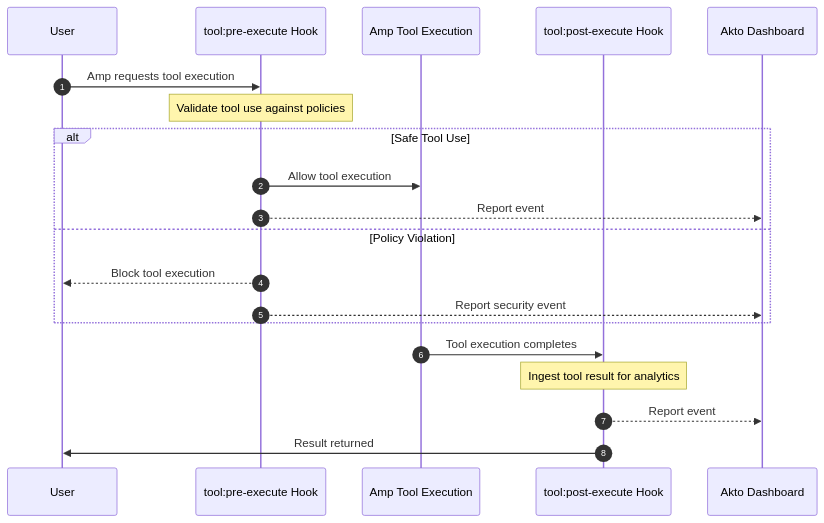
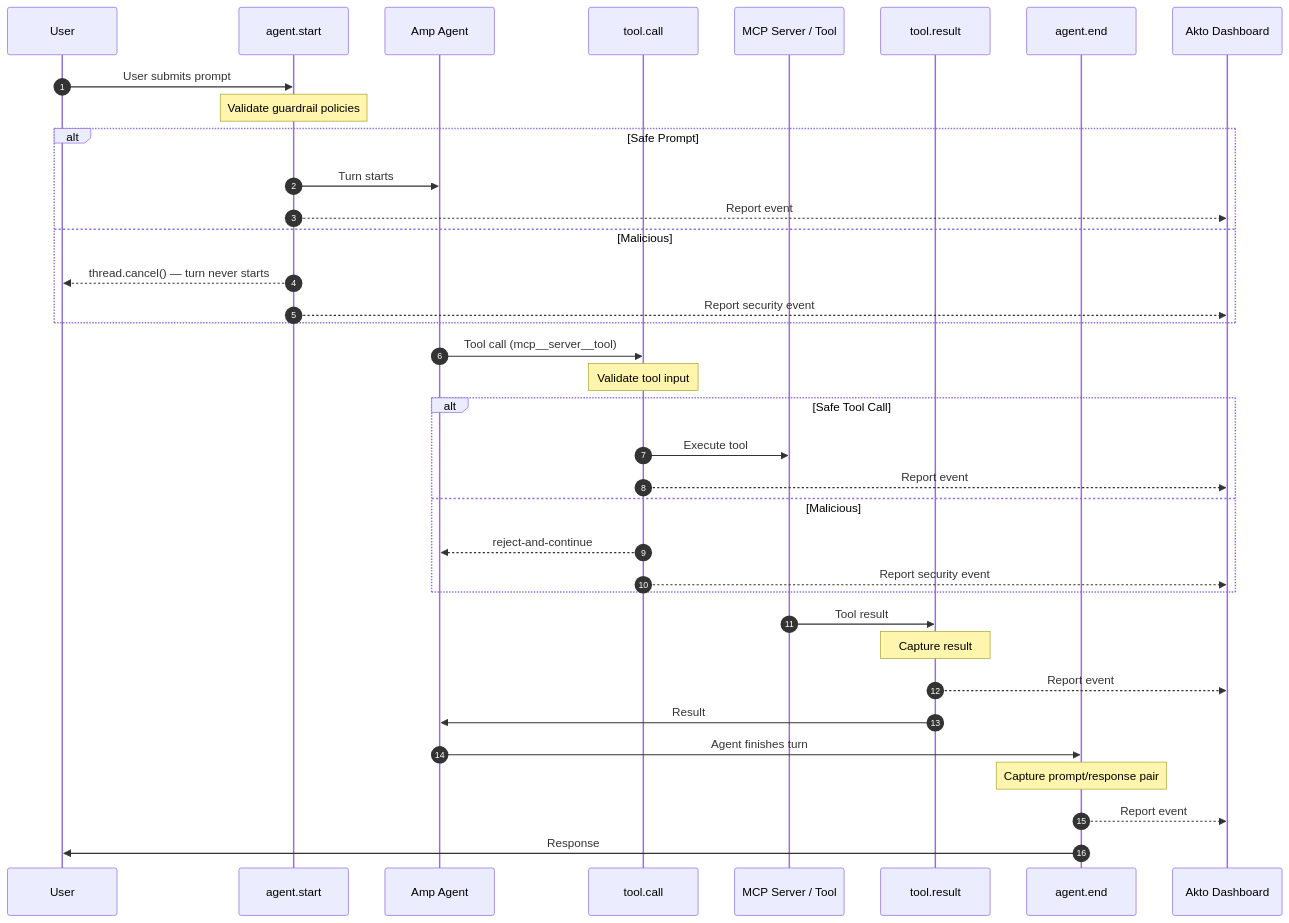
The diagram in akto-atlas-agentic-ai-security-for-employee-endpoints/endpoints-discovery-agents/amp-hooks.md (akto-api-security/Documentation), drawn with Mermaid before and after one commit. The commit also changed other lines of this file, not shown here.

Commit message:
revamp: update Amp hooks documentation to clarify plugin integration and lifecycle events

````diff
--- a/akto-atlas-agentic-ai-security-for-employee-endpoints/endpoints-discovery-agents/amp-hooks.md
+++ b/akto-atlas-agentic-ai-security-for-employee-endpoints/endpoints-discovery-agents/amp-hooks.md
@@ -17,24 +25,42 @@
 ```mermaid
 sequenceDiagram
     autonumber
     participant User
-    participant PreToolHook as tool:pre-execute Hook
-    participant Amp as Amp Tool Execution
-    participant PostToolHook as tool:post-execute Hook
+    participant PromptHook as agent.start
+    participant Amp as Amp Agent
+    participant PreTool as tool.call
+    participant MCP as MCP Server / Tool
+    participant PostTool as tool.result
+    participant ResponseHook as agent.end
     participant Akto as Akto Dashboard
 
-    User->>PreToolHook: Amp requests tool execution
-    Note over PreToolHook: Validate tool use against policies
-    alt Safe Tool Use
-        PreToolHook->>Amp: Allow tool execution
-        PreToolHook-->>Akto: Report event
-    else Policy Violation
-        PreToolHook-->>User: Block tool execution
-        PreToolHook-->>Akto: Report security event
+    User->>PromptHook: User submits prompt
+    Note over PromptHook: Validate guardrail policies
+    alt Safe Prompt
+        PromptHook->>Amp: Turn starts
+        PromptHook-->>Akto: Report event
+    else Malicious
+        PromptHook-->>User: thread.cancel() — turn never starts
+        PromptHook-->>Akto: Report security event
     end
 
-    Amp->>PostToolHook: Tool execution completes
-    Note over PostToolHook: Ingest tool result for analytics
-    PostToolHook-->>Akto: Report event
-    PostToolHook->>User: Result returned
+    Amp->>PreTool: Tool call (mcp__server__tool)
+    Note over PreTool: Validate tool input
+    alt Safe Tool Call
+        PreTool->>MCP: Execute tool
+        PreTool-->>Akto: Report event
+    else Malicious
+        PreTool-->>Amp: reject-and-continue
+        PreTool-->>Akto: Report security event
+    end
+
+    MCP->>PostTool: Tool result
+    Note over PostTool: Capture result
+    PostTool-->>Akto: Report event
+    PostTool->>Amp: Result
+
+    Amp->>ResponseHook: Agent finishes turn
+    Note over ResponseHook: Capture prompt/response pair
+    ResponseHook-->>Akto: Report event
+    ResponseHook->>User: Response
 ```
````
